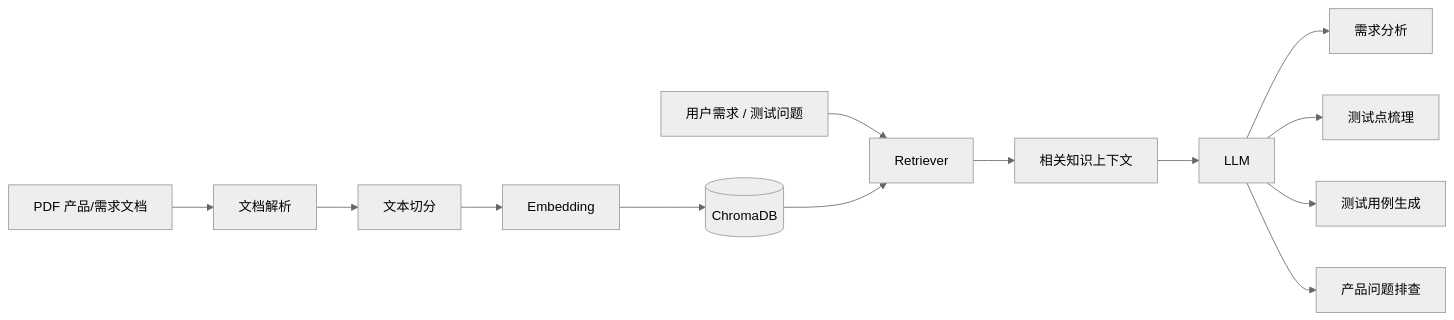
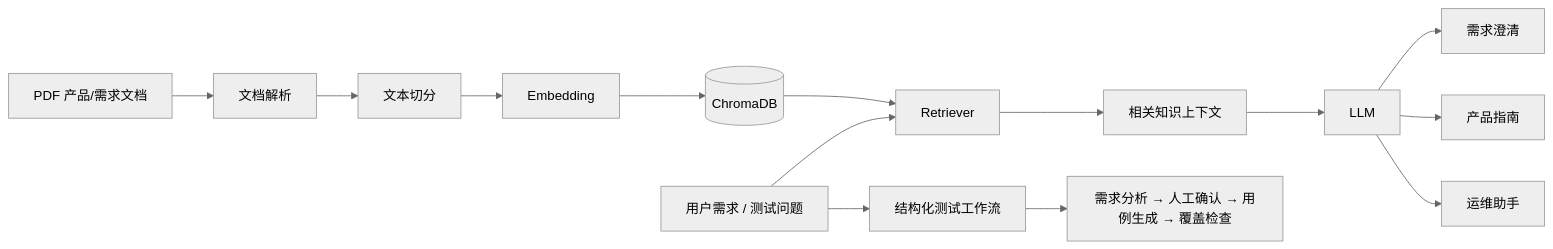
The diagram in README.md (ChiufungLee/AI-Test-Case-Generator), drawn with Mermaid (neutral theme) before and after one commit. The commit also changed other lines of this file and 8 other files, not shown here.

First line of the commit message:
docs: README 对齐最新代码并用真实页面重制截图

````diff
--- a/README.md
+++ b/README.md
@@ -64,17 +64,19 @@
 ```mermaid
 flowchart LR
     A[PDF 产品/需求文档] --> B[文档解析]
     B --> C[文本切分]
     C --> D[Embedding]
     D --> E[(ChromaDB)]
 
     F[用户需求 / 测试问题] --> G[Retriever]
     E --> G
     G --> H[相关知识上下文]
     H --> I[LLM]
 
-    I --> J[需求分析]
-    I --> K[测试点梳理]
-    I --> L[测试用例生成]
-    I --> M[产品问题排查]
+    I --> J[需求澄清]
+    I --> K[产品指南]
+    I --> L[运维助手]
+
+    F --> M[结构化测试工作流]
+    M --> N[需求分析 → 人工确认 → 用例生成 → 覆盖检查]
 ```
````
